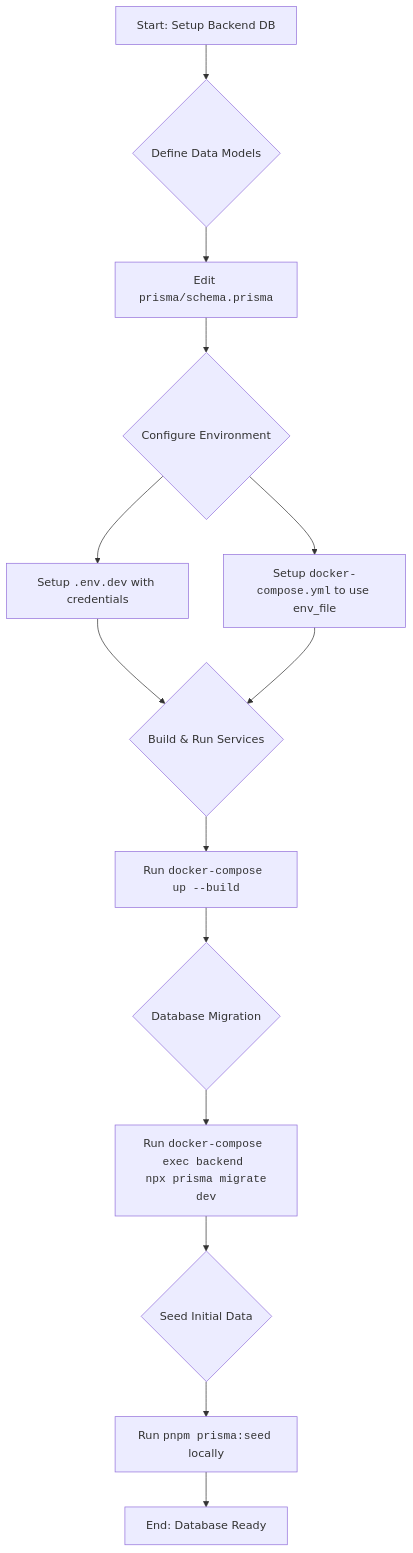
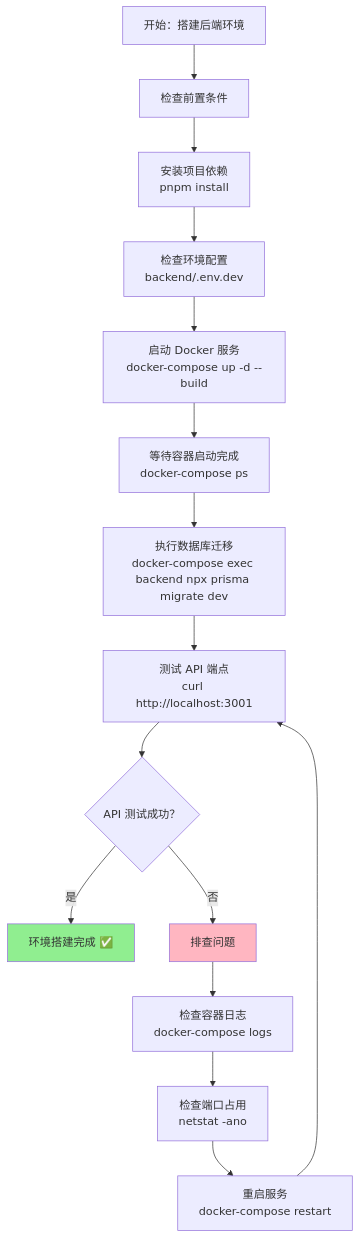
The first of 2 diagrams in docs/tutorial/how-database-with-prisma-works.md (ubuntutester202/wechat-shop), drawn with Mermaid before and after one commit. The commit also changed other lines of this file and 8 other files, not shown here.

````diff
--- a/docs/tutorial/how-database-with-prisma-works.md
+++ b/docs/tutorial/how-database-with-prisma-works.md
@@ -7,15 +134,20 @@
 ```mermaid
 graph TD
-    A[Start: Setup Backend DB] --> B{Define Data Models};
-    B --> C[Edit <code>prisma/schema.prisma</code>];
-    C --> D{Configure Environment};
-    D --> E[Setup <code>.env.dev</code> with credentials];
-    D --> F[Setup <code>docker-compose.yml</code> to use env_file];
-    E & F --> G{Build & Run Services};
-    G --> H["Run <code>docker-compose up --build</code>"];
-    H --> I{Database Migration};
-    I --> J["Run <code>docker-compose exec backend <br> npx prisma migrate dev</code>"];
-    J --> K{Seed Initial Data};
-    K --> L["Run <code>pnpm prisma:seed</code> locally"];
-    L --> M[End: Database Ready];
+    A[开始：搭建后端环境] --> B[检查前置条件];
+    B --> C[安装项目依赖<br/>pnpm install];
+    C --> D[检查环境配置<br/>backend/.env.dev];
+    D --> E[启动 Docker 服务<br/>docker-compose up -d --build];
+    E --> F[等待容器启动完成<br/>docker-compose ps];
+    F --> G[执行数据库迁移<br/>docker-compose exec backend npx prisma migrate dev];
+    G --> H[测试 API 端点<br/>curl http://localhost:3001];
+    H --> I{API 测试成功？};
+    I -->|是| J[环境搭建完成 ✅];
+    I -->|否| K[排查问题];
+    K --> L[检查容器日志<br/>docker-compose logs];
+    L --> M[检查端口占用<br/>netstat -ano];
+    M --> N[重启服务<br/>docker-compose restart];
+    N --> H;
+    
+    style J fill:#90EE90
+    style K fill:#FFB6C1
 ```
````
